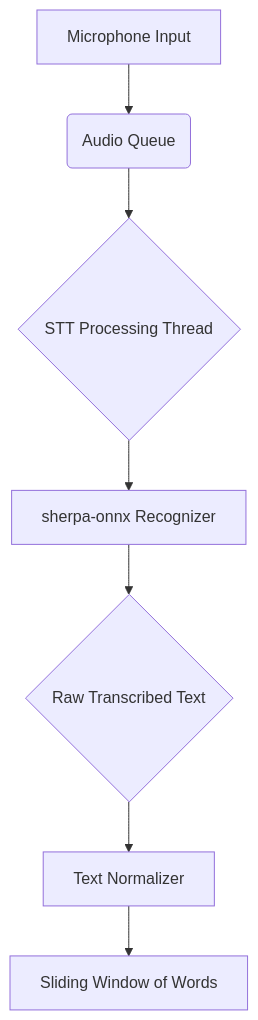
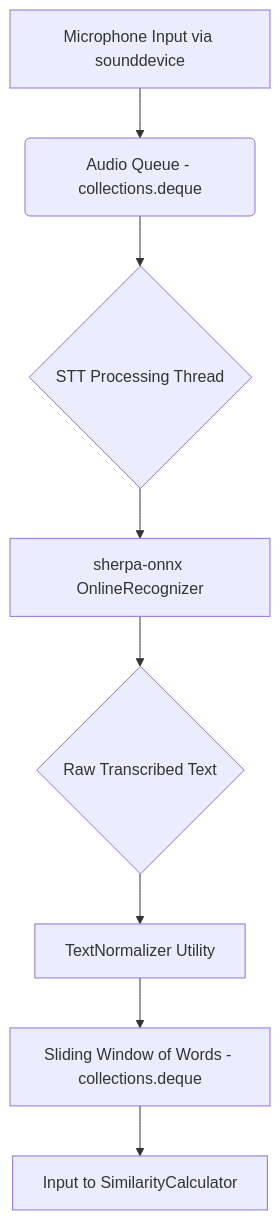
The diagram in docs/about/streaming-stt.md (mdonmez/moves), drawn with Mermaid before and after one commit. The commit also changed other lines of this file and 10 other files, not shown here.

````diff
--- a/docs/about/streaming-stt.md
+++ b/docs/about/streaming-stt.md
@@ -18,9 +23,10 @@
 ```mermaid
 graph TD
-    A[Microphone Input] --> B(Audio Queue);
+    A[Microphone Input via sounddevice] --> B(Audio Queue - collections.deque);
     B --> C{STT Processing Thread};
-    C --> D[sherpa-onnx Recognizer];
+    C --> D[sherpa-onnx OnlineRecognizer];
     D --> E{Raw Transcribed Text};
-    E --> F[Text Normalizer];
-    F --> G[Sliding Window of Words];
+    E --> F[TextNormalizer Utility];
+    F --> G[Sliding Window of Words - collections.deque];
+    G --> H[Input to SimilarityCalculator]
 ```
````
